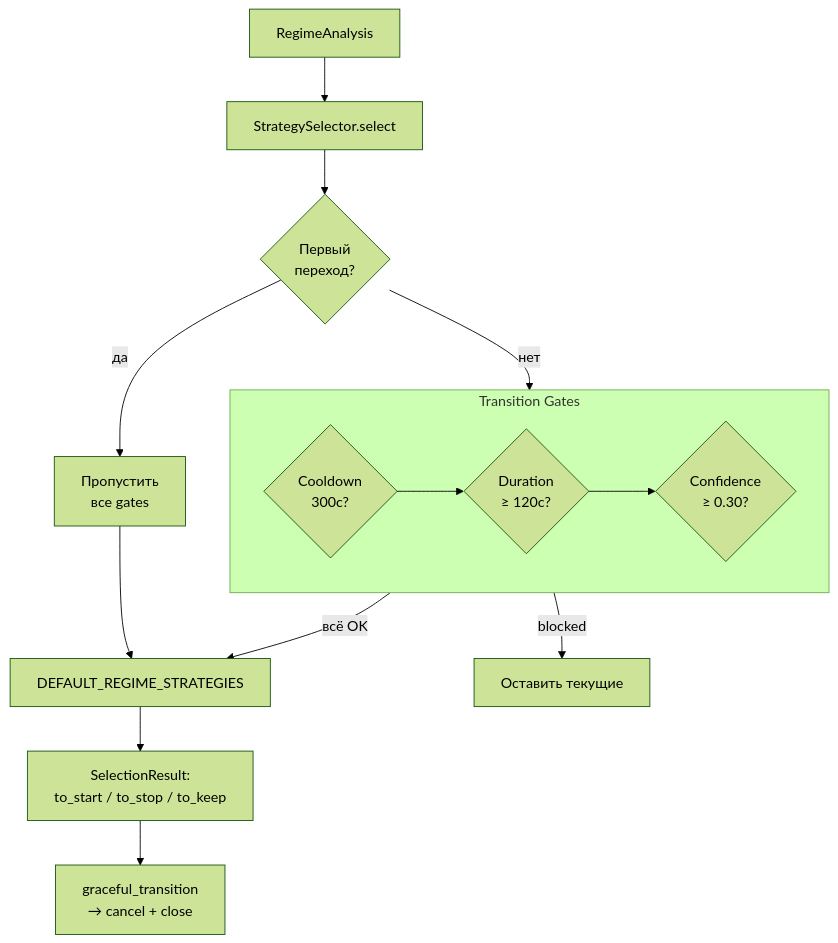
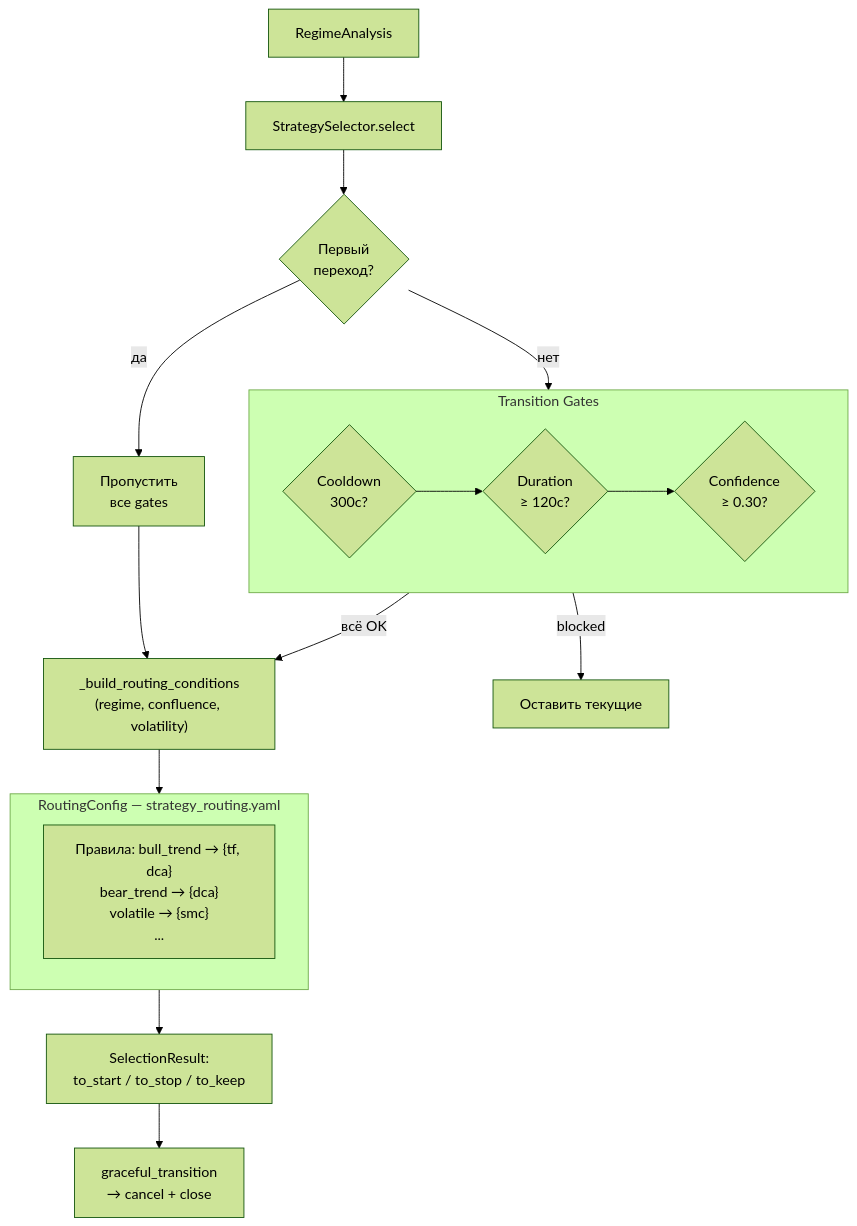
Before and after one commit to konard/alekseymavai-TRADERAGENT: the fifth of 14 diagrams in docs/architecture_v2.md, drawn with Mermaid (forest theme). The commit also changed other lines of this file, not shown here.

First line of the commit message:
docs: update architecture_v2.md — fix 5 discrepancies with current code

````diff
--- a/docs/architecture_v2.md
+++ b/docs/architecture_v2.md
@@ -223,20 +225,26 @@
 ```mermaid
 flowchart TD
     REGIME[RegimeAnalysis] --> SS[StrategySelector.select]
 
     SS --> BOOT{Первый\nпереход?}
     BOOT --> |да| PASS[Пропустить\nвсе gates]
     BOOT --> |нет| GATES
 
     subgraph GATES [Transition Gates]
         CD{Cooldown\n300с?} --> DUR{Duration\n≥ 120с?}
         DUR --> CONF{Confidence\n≥ 0.30?}
     end
 
-    PASS --> MAP
-    GATES --> |всё OK| MAP
+    PASS --> COND_L
+    GATES --> |всё OK| COND_L
     GATES --> |blocked| KEEP[Оставить текущие]
 
-    MAP[DEFAULT_REGIME_STRATEGIES] --> RESULT[SelectionResult:\nto_start / to_stop / to_keep]
+    COND_L["_build_routing_conditions\n(regime, confluence, volatility)"] --> RC_L
+
+    subgraph RC_L [RoutingConfig — strategy_routing.yaml]
+        R_L["Правила: bull_trend → {tf, dca}\nbear_trend → {dca}\nvolatile → {smc}\n..."]
+    end
+
+    RC_L --> RESULT[SelectionResult:\nto_start / to_stop / to_keep]
     RESULT --> GRACE[graceful_transition\n→ cancel + close]
 ```
````
